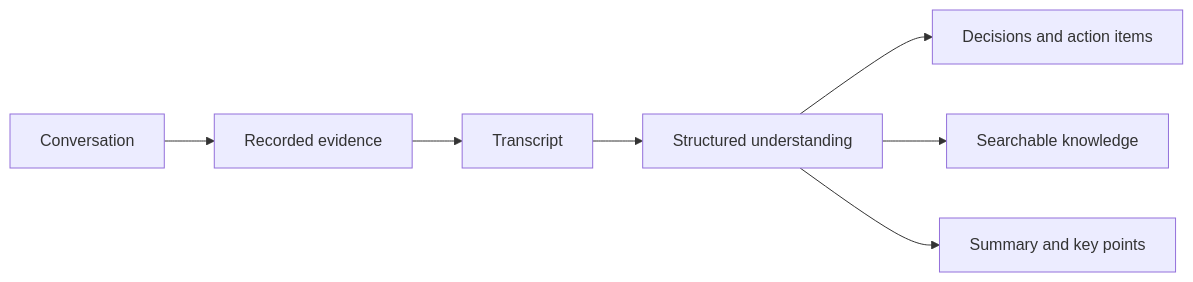
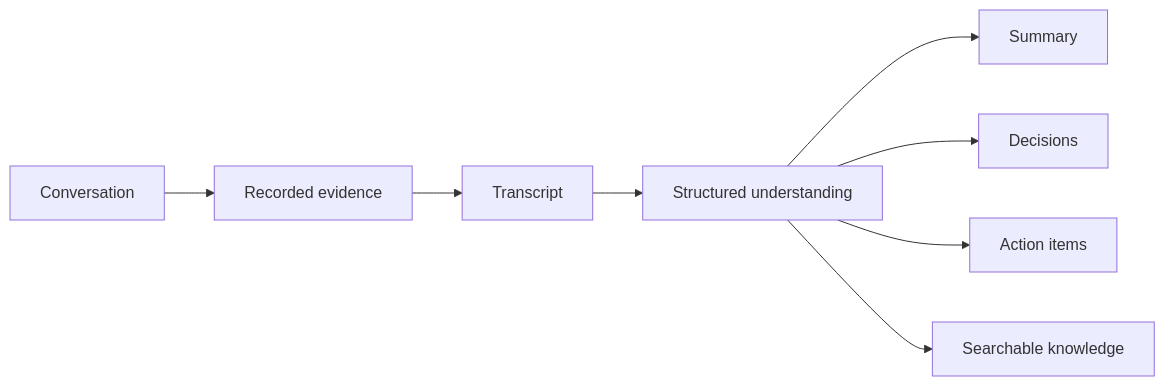
Before and after one commit to farismnrr/portofolio: the first of 4 diagrams in frontend/content/projects/sensio-notes.md, drawn with Mermaid. The commit also changed other lines of this file and 6 other files, not shown here.

````diff
--- a/frontend/content/projects/sensio-notes.md
+++ b/frontend/content/projects/sensio-notes.md
@@ -64,9 +49,10 @@
 ```mermaid
 flowchart LR
     A[Conversation] --> B[Recorded evidence]
     B --> C[Transcript]
     C --> D[Structured understanding]
-    D --> E[Decisions and action items]
-    D --> F[Searchable knowledge]
-    D --> G[Summary and key points]
+    D --> E[Summary]
+    D --> F[Decisions]
+    D --> G[Action items]
+    D --> H[Searchable knowledge]
 ```
````
